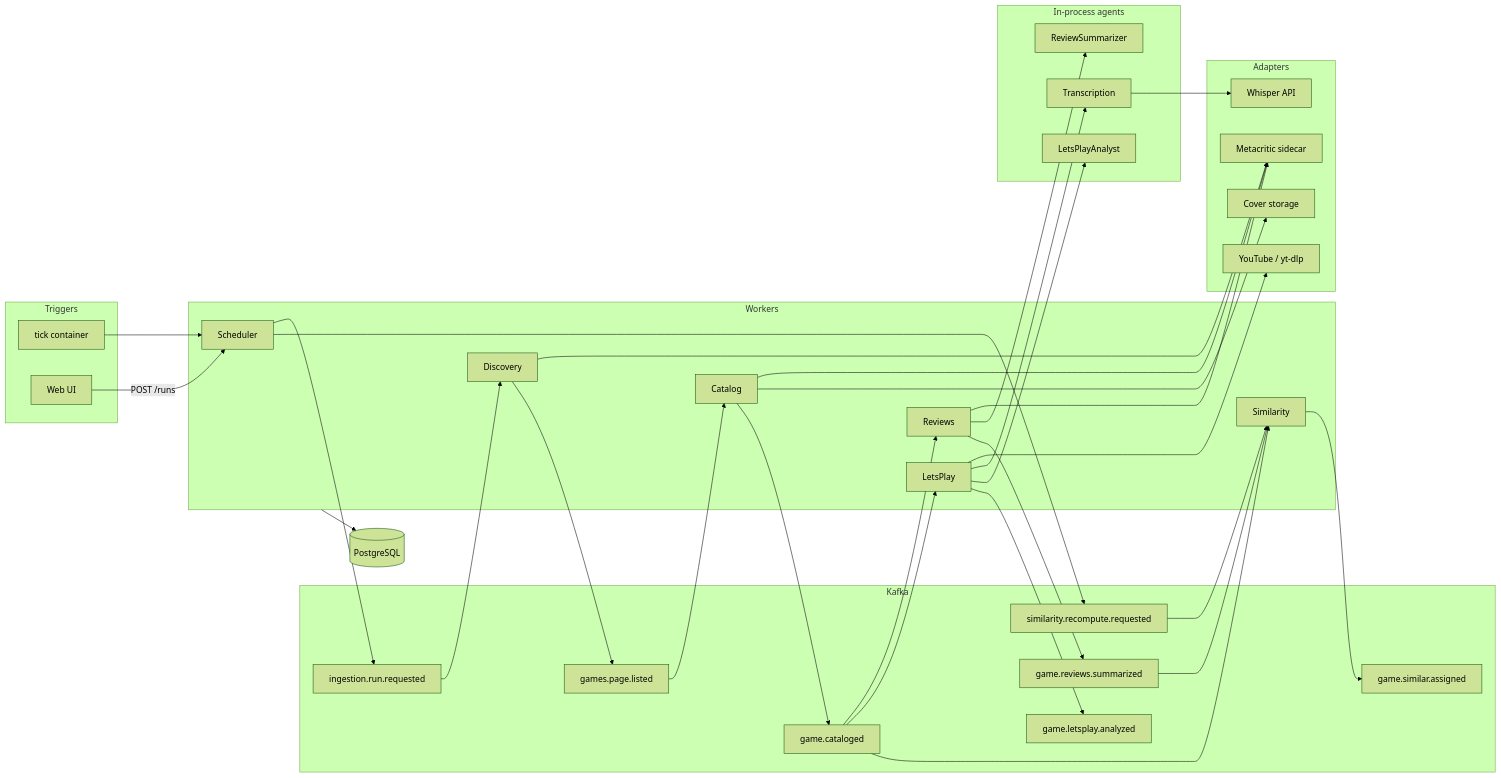
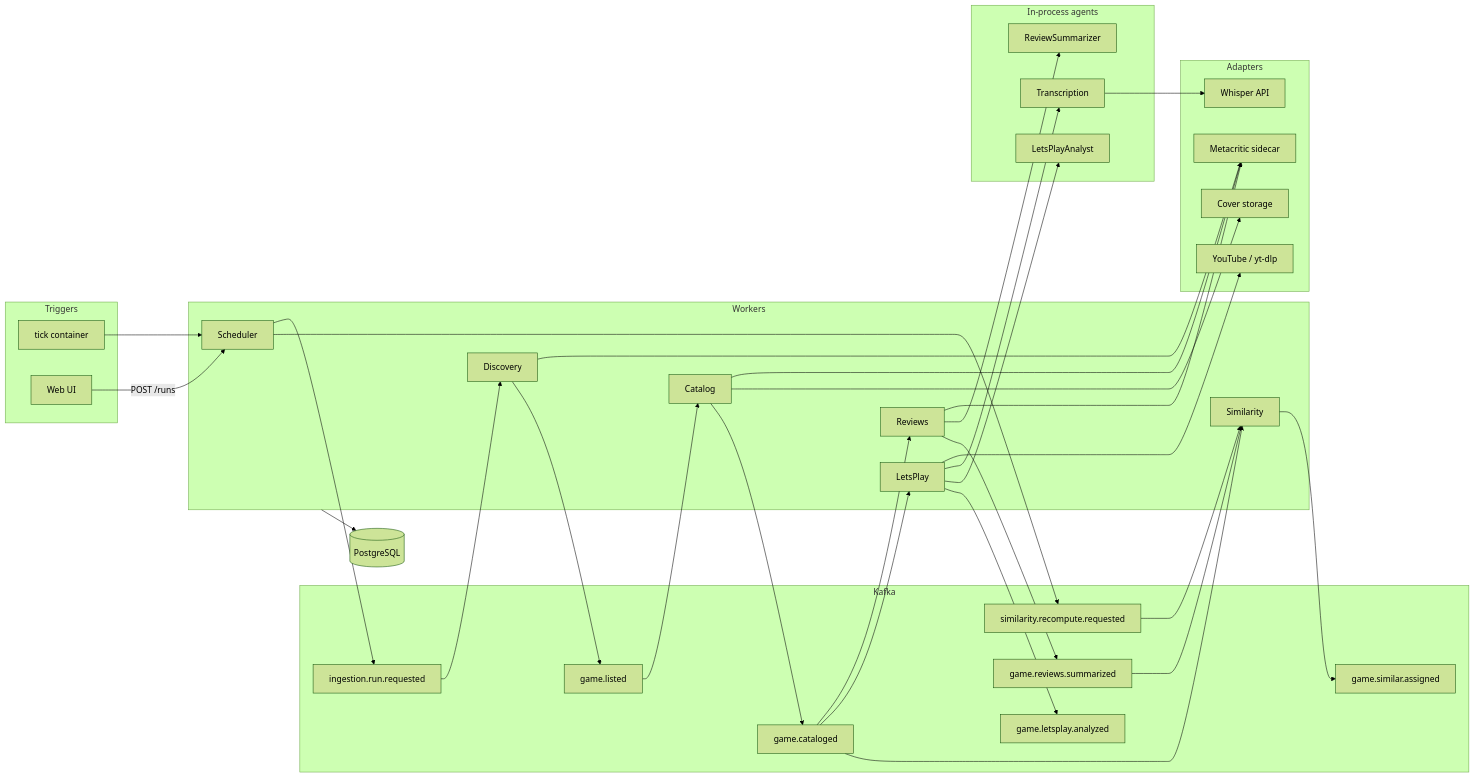
Before and after one commit to PeterMotorniy/games-intel: the diagram in docs/ARCHITECTURE.md, drawn with Mermaid (forest theme). The commit also changed other lines of this file and 102 other files, not shown here.

````diff
--- a/docs/ARCHITECTURE.md
+++ b/docs/ARCHITECTURE.md
@@ -23,63 +23,63 @@
 ```mermaid
 flowchart LR
   subgraph triggers [Triggers]
     Cron[tick container]
     UI[Web UI]
   end
   subgraph bus [Kafka]
     TRun[ingestion.run.requested]
-    TPage[games.page.listed]
+    TListed[game.listed]
     TCat[game.cataloged]
     TRev[game.reviews.summarized]
     TYt[game.letsplay.analyzed]
     TSim[game.similar.assigned]
     TSimRe[similarity.recompute.requested]
   end
   subgraph daemons [Workers]
     ASched[Scheduler]
     ADisc[Discovery]
     ACat[Catalog]
     ARev[Reviews]
     AYt[LetsPlay]
     ASim[Similarity]
   end
   subgraph ai [In-process agents]
     Sum[ReviewSummarizer]
     Tr[Transcription]
     An[LetsPlayAnalyst]
   end
   subgraph adapters [Adapters]
     MMeta[Metacritic sidecar]
     MYt[YouTube / yt-dlp]
     Media[Cover storage]
     Stt[Whisper API]
   end
   PG[(PostgreSQL)]
 
   Cron --> ASched
   UI -->|POST /runs| ASched
   ASched --> TRun
   ASched --> TSimRe
   TRun --> ADisc
   ADisc --> MMeta
-  ADisc --> TPage
-  TPage --> ACat
+  ADisc --> TListed
+  TListed --> ACat
   ACat --> MMeta
   ACat --> Media
   ACat --> TCat
   TCat --> ARev
   TCat --> AYt
   TCat --> ASim
   ARev --> MMeta
   AYt --> MYt
   ARev --> Sum
   AYt --> Tr
   Tr --> Stt
   AYt --> An
   ARev --> TRev
   AYt --> TYt
   TRev --> ASim
   TSimRe --> ASim
   ASim --> TSim
   daemons --> PG
 ```
````
